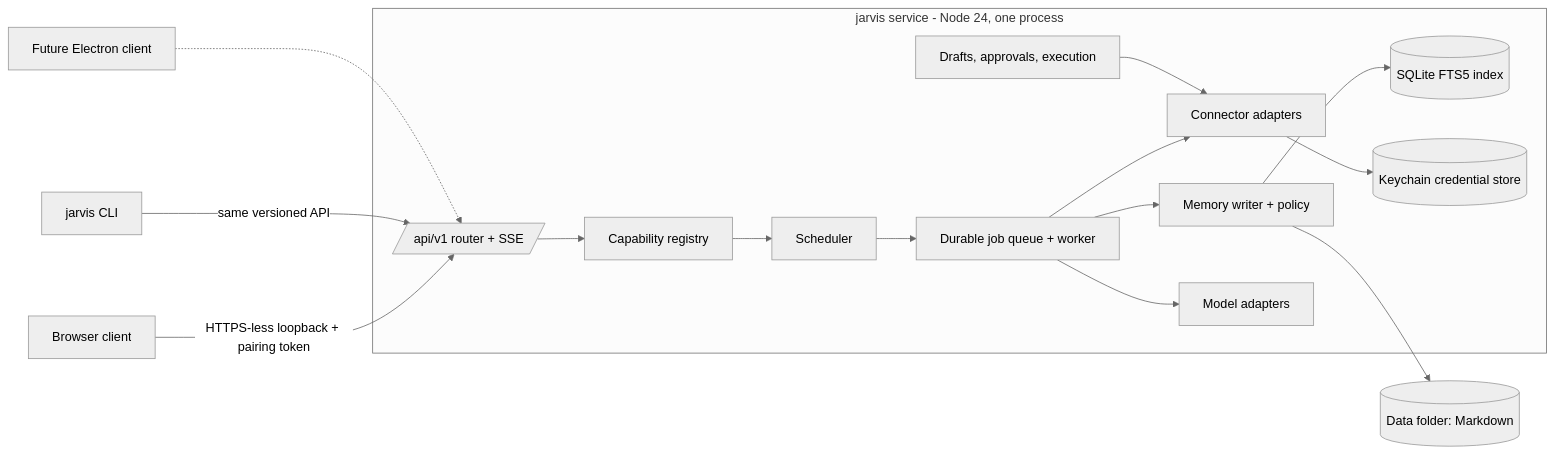
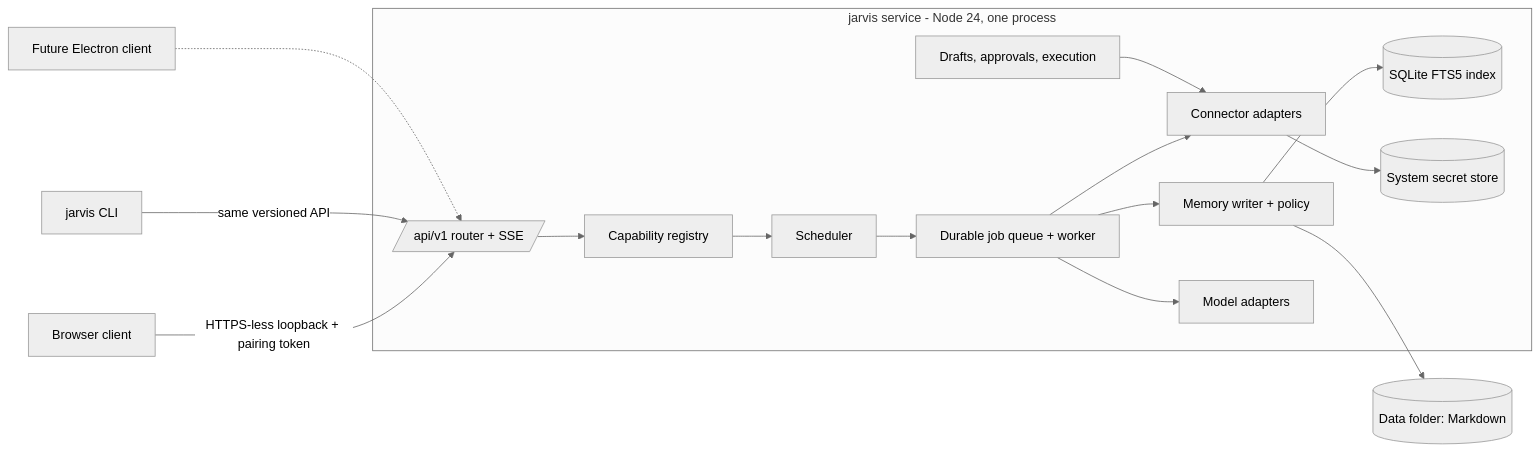
One commit to emilchristensen/attache changed the diagram in docs/architecture.md. Above: the diagram before and after it, drawn with Mermaid (neutral theme). The commit also changed other lines of this file and 30 other files, not shown here.

First line of the commit message:
feat: Linux secret store and desktop notifications

````diff
--- a/docs/architecture.md
+++ b/docs/architecture.md
@@ -7,24 +7,24 @@
 ```mermaid
 flowchart LR
   Browser[Browser client] -- HTTPS-less loopback + pairing token --> API
   CLI[jarvis CLI] -- same versioned API --> API
   Electron[Future Electron client] -.-> API
   subgraph Service[jarvis service - Node 24, one process]
     API[/api/v1 router + SSE/]
     Registry[Capability registry]
     Memory[Memory writer + policy]
     Index[(SQLite FTS5 index)]
     Jobs[Durable job queue + worker]
     Sched[Scheduler]
     Actions[Drafts, approvals, execution]
     Conn[Connector adapters]
     Models[Model adapters]
-    Creds[(Keychain credential store)]
+    Creds[(System secret store)]
   end
   API --> Registry --> Sched --> Jobs
   Jobs --> Conn & Models & Memory
   Memory --> Vault[(Data folder: Markdown)]
   Memory --> Index
   Actions --> Conn
   Conn --> Creds
 ```
````
